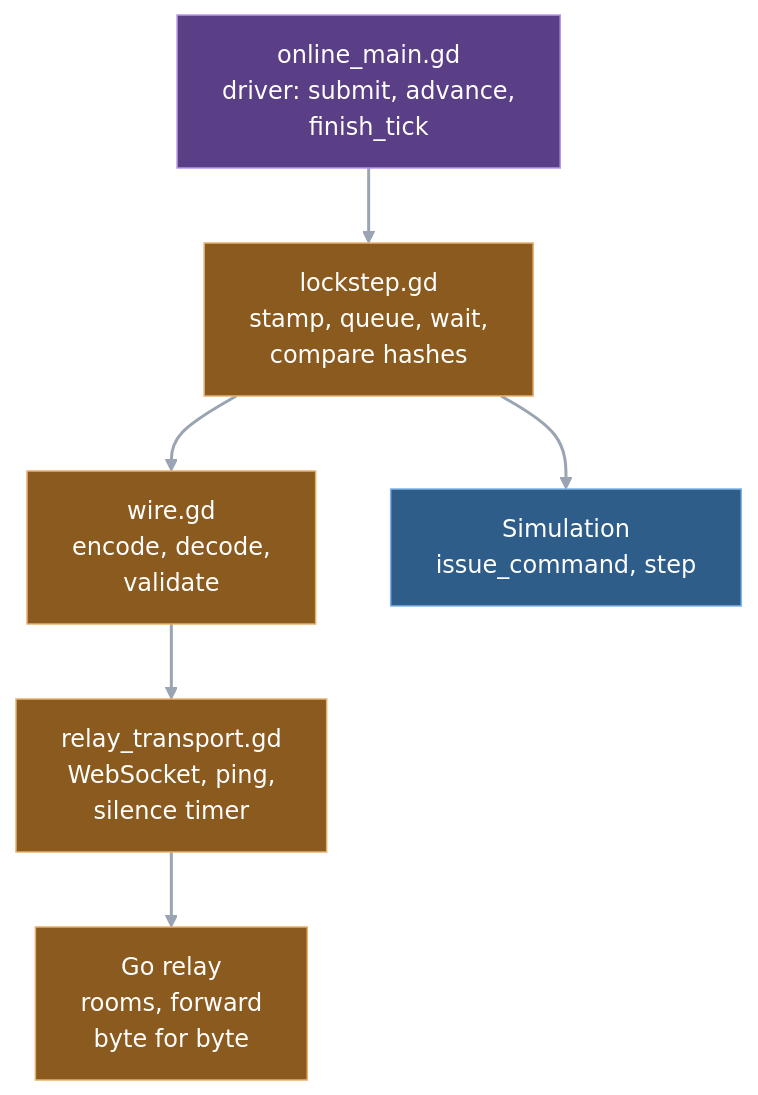
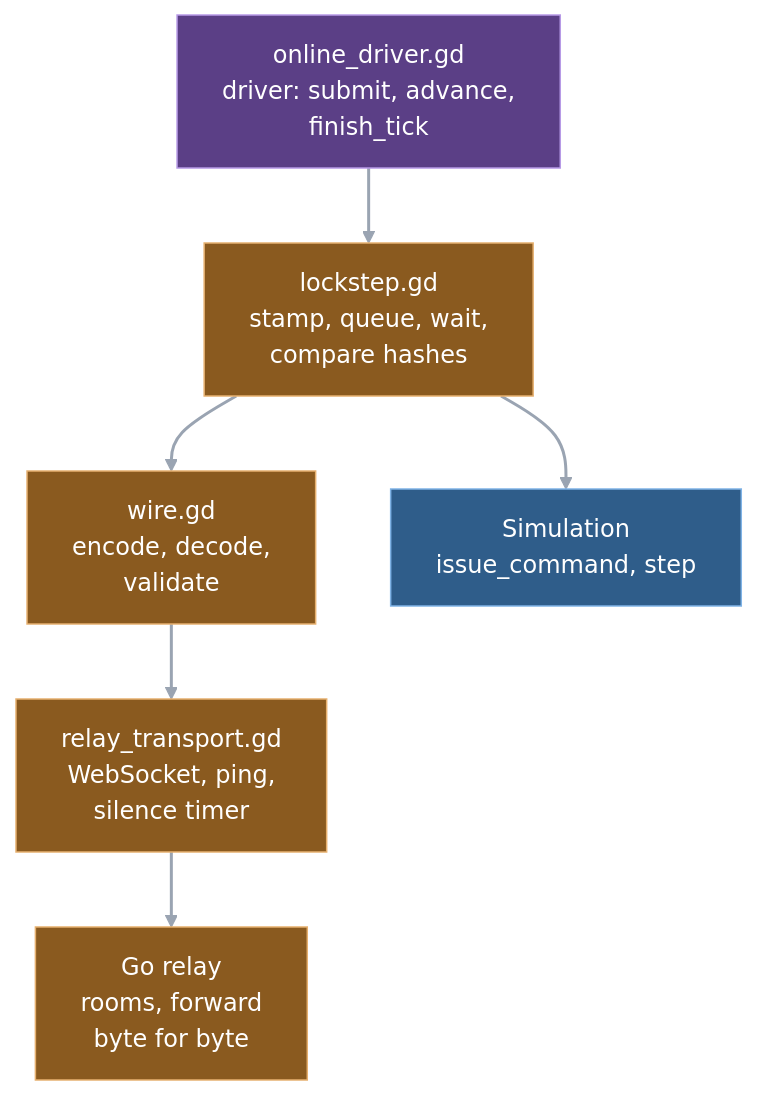
The first of 2 diagrams in docs/guide/11-multiplayer.md (pdstuber/wargrid), drawn with Mermaid (forest theme) before and after one commit. The commit also changed other lines of this file and 18 other files, not shown here.

````diff
--- a/docs/guide/11-multiplayer.md
+++ b/docs/guide/11-multiplayer.md
@@ -11,15 +11,15 @@
 ```mermaid
 flowchart TD
-    OM["online_main.gd<br/>driver: submit, advance,<br/>finish_tick"] --> LS["lockstep.gd<br/>stamp, queue, wait,<br/>compare hashes"]
+    OM["online_driver.gd<br/>driver: submit, advance,<br/>finish_tick"] --> LS["lockstep.gd<br/>stamp, queue, wait,<br/>compare hashes"]
     LS --> WI["wire.gd<br/>encode, decode,<br/>validate"]
     LS --> SIM["Simulation<br/>issue_command, step"]
     WI --> RT["relay_transport.gd<br/>WebSocket, ping,<br/>silence timer"]
     RT --> RL["Go relay<br/>rooms, forward<br/>byte for byte"]
     classDef sim fill:#2f5d8a,stroke:#7fb3e6,color:#ffffff
     classDef driver fill:#5b3f86,stroke:#b79ae6,color:#ffffff
     classDef net fill:#8a5a1f,stroke:#e6b06f,color:#ffffff
     class OM driver
     class LS,WI,RT,RL net
     class SIM sim
     linkStyle default stroke:#9aa4b2,stroke-width:2px
 ```
````
